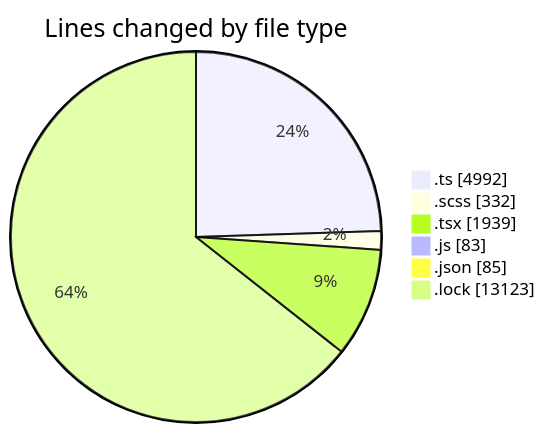
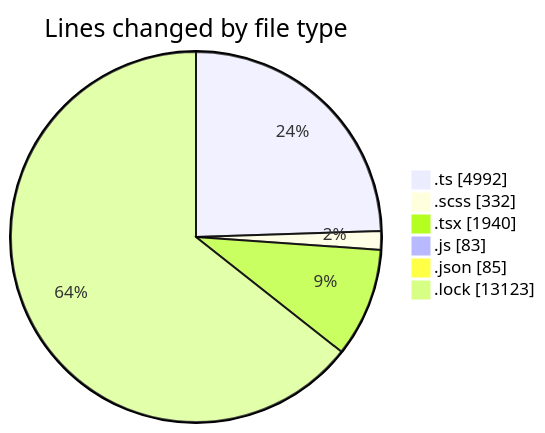
Before and after one commit to momahboobian/code-tracking: the first of 2 diagrams in 2025-09-12/cda/README.md, drawn with Mermaid. The commit also changed other lines of this file and 1 other file, not shown here.

````diff
--- a/2025-09-12/cda/README.md
+++ b/2025-09-12/cda/README.md
@@ -34,10 +34,10 @@
 ```mermaid
 pie showData
 title Lines changed by file type
 ".ts" : 4992
 ".scss" : 332
-".tsx" : 1939
+".tsx" : 1940
 ".js" : 83
 ".json" : 85
 ".lock" : 13123
 ```
````
